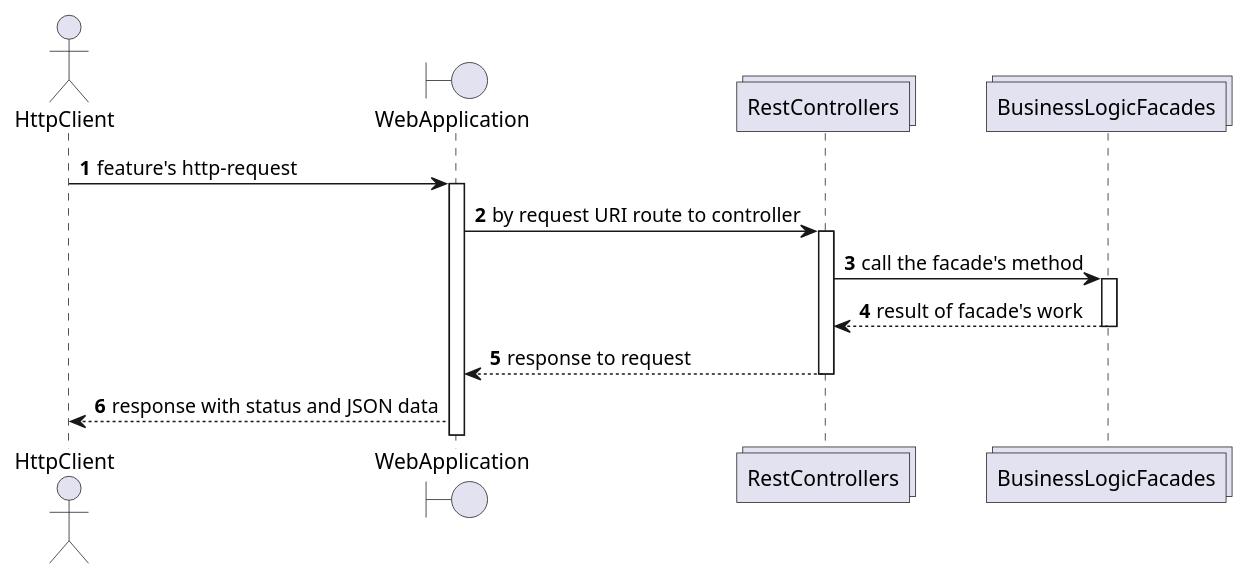
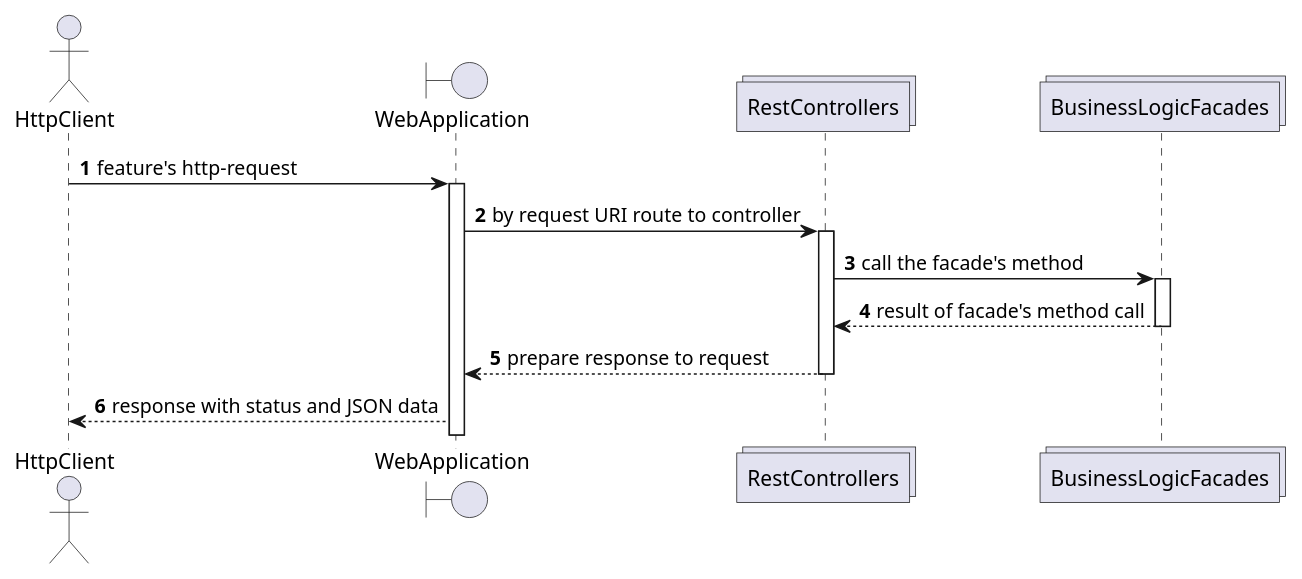
The diagram in endpoint/diagrams/Endpoints Layer Sequence Diagram.puml (OlegSopilnyak/school-demo), drawn with PlantUML before and after one commit.

Commit message:
Document endpoint module added sequence diagram 2

```diff
--- a/endpoint/diagrams/Endpoints Layer Sequence Diagram.puml
+++ b/endpoint/diagrams/Endpoints Layer Sequence Diagram.puml
@@ -1,26 +1,26 @@
 @startuml
 
 autonumber
 actor HttpClient as client
 boundary WebApplication as gate
 collections RestControllers as controllers
 collections BusinessLogicFacades as facades
 
 client -> gate: feature's http-request
 activate gate
 
 gate -> controllers: by request URI route to controller
 activate controllers
 
 controllers -> facades: call the facade's method
 activate facades
 
-facades --> controllers: result of facade's work
+facades --> controllers: result of facade's method call
 deactivate facades
 
-controllers --> gate: response to request
+controllers --> gate: prepare response to request
 deactivate controllers
 
 gate --> client: response with status and JSON data
 
 @enduml
```
